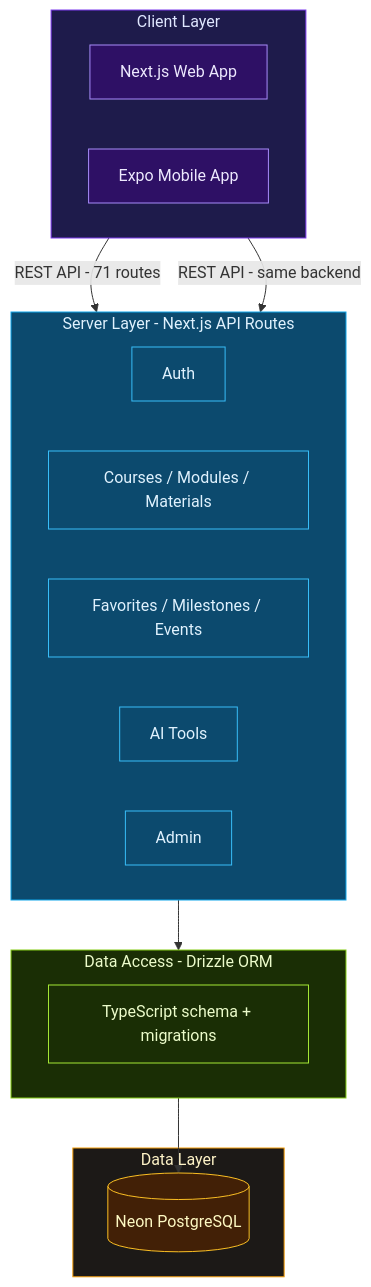
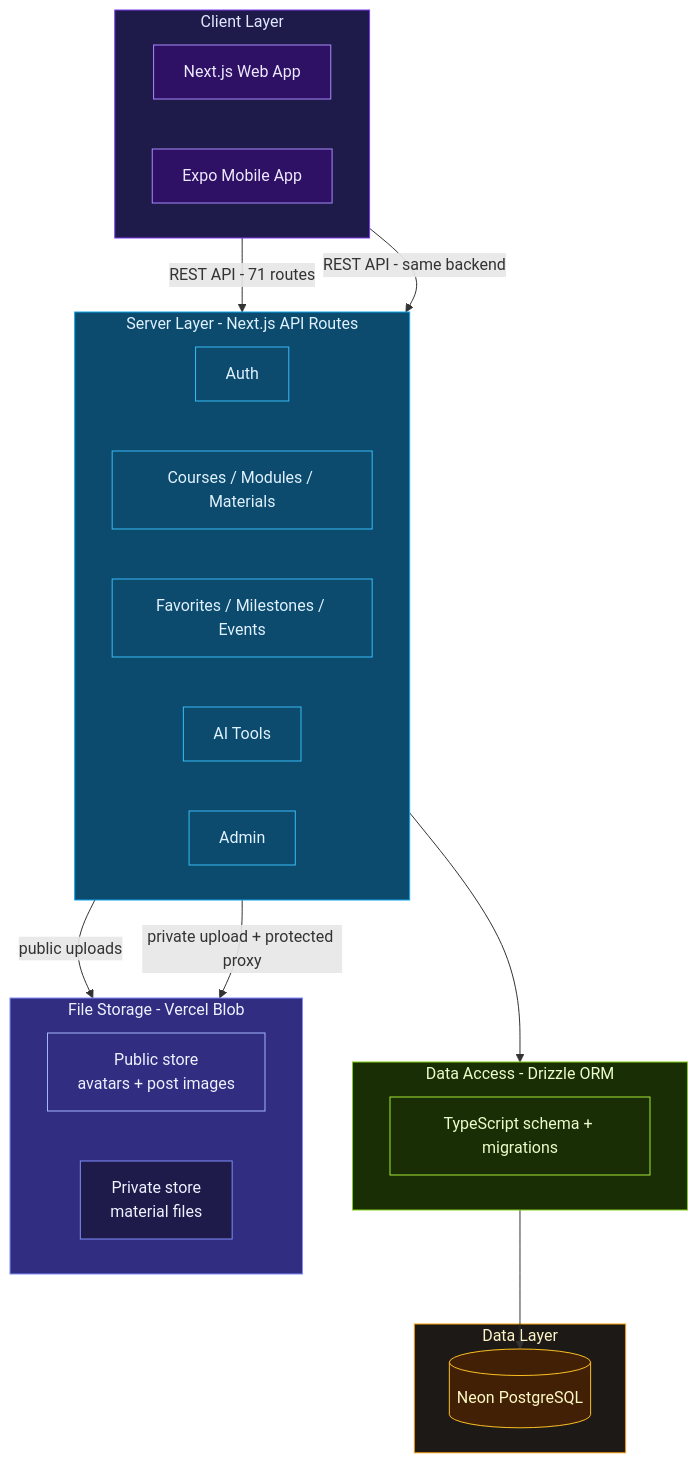
One commit to mariva565/mariva565-full-stack-ai-capstone changed the first of 4 diagrams in README.md. Above: the diagram before and after it, drawn with Mermaid. The commit also changed other lines of this file and 1 other file, not shown here.

Commit message:
feat: document Vercel Blob storage integration and file handling workflows in README and dev-log

````diff
--- a/README.md
+++ b/README.md
@@ -170,44 +170,55 @@
 ```mermaid
 graph TB
     subgraph CLIENT["Client Layer"]
         direction LR
         WEB["Next.js Web App"]
         MOBILE["Expo Mobile App"]
     end
 
     subgraph SERVER["Server Layer - Next.js API Routes"]
         direction LR
         AUTH["Auth"]
         CRUD["Courses / Modules / Materials"]
         FEATURES["Favorites / Milestones / Events"]
         AI["AI Tools"]
         ADMIN["Admin"]
     end
 
     subgraph ORM["Data Access - Drizzle ORM"]
         DRIZZLE["TypeScript schema + migrations"]
     end
 
+    subgraph STORAGE["File Storage - Vercel Blob"]
+        direction LR
+        PUBLIC_BLOB["Public store<br/>avatars + post images"]
+        PRIVATE_BLOB["Private store<br/>material files"]
+    end
+
     subgraph DATA["Data Layer"]
         DB[("Neon PostgreSQL")]
     end
 
     WEB -->|"REST API - 71 routes"| SERVER
     MOBILE -->|"REST API - same backend"| SERVER
     SERVER --> ORM
     ORM --> DB
+    SERVER -->|"public uploads"| PUBLIC_BLOB
+    SERVER -->|"private upload + protected proxy"| PRIVATE_BLOB
 
     style CLIENT fill:#1e1b4b,stroke:#7c3aed,color:#e0e7ff
     style SERVER fill:#0c4a6e,stroke:#0ea5e9,color:#e0f2fe
     style ORM fill:#1a2e05,stroke:#84cc16,color:#ecfccb
+    style STORAGE fill:#312e81,stroke:#818cf8,color:#eef2ff
     style DATA fill:#1c1917,stroke:#f59e0b,color:#fef3c7
     style WEB fill:#2e1065,stroke:#a78bfa,color:#ede9fe
     style MOBILE fill:#2e1065,stroke:#a78bfa,color:#ede9fe
     style AUTH fill:#0c4a6e,stroke:#38bdf8,color:#e0f2fe
     style CRUD fill:#0c4a6e,stroke:#38bdf8,color:#e0f2fe
     style FEATURES fill:#0c4a6e,stroke:#38bdf8,color:#e0f2fe
     style AI fill:#0c4a6e,stroke:#38bdf8,color:#e0f2fe
     style ADMIN fill:#0c4a6e,stroke:#38bdf8,color:#e0f2fe
     style DRIZZLE fill:#1a2e05,stroke:#a3e635,color:#ecfccb
+    style PUBLIC_BLOB fill:#312e81,stroke:#a5b4fc,color:#eef2ff
+    style PRIVATE_BLOB fill:#1e1b4b,stroke:#818cf8,color:#eef2ff
     style DB fill:#422006,stroke:#fbbf24,color:#fef9c3
 ```
````
